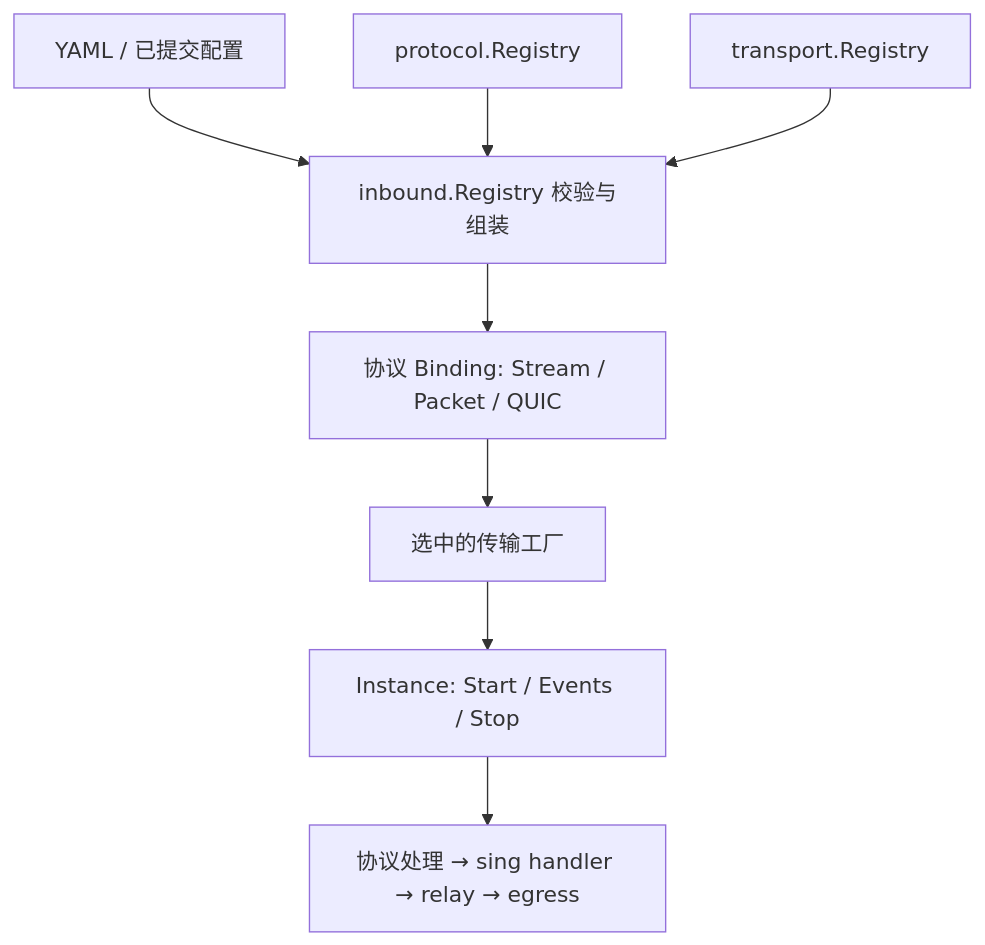
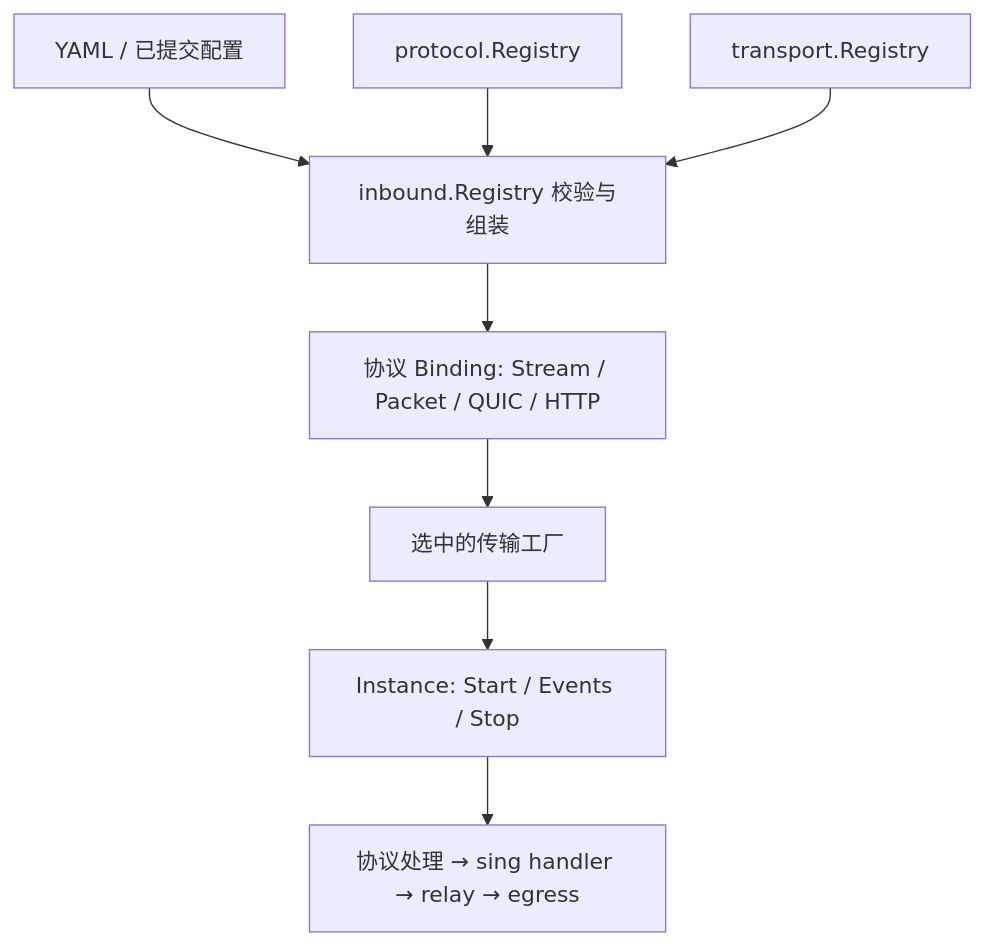
One commit to Ember-Moth/Lunaris changed the diagram in docs/factory-registries.md. Above: the diagram before and after it, drawn with Mermaid. The commit also changed other lines of this file and 66 other files, not shown here.

````diff
--- a/docs/factory-registries.md
+++ b/docs/factory-registries.md
@@ -5,10 +5,10 @@
 ```mermaid
 flowchart TD
     C[YAML / 已提交配置] --> I[inbound.Registry 校验与组装]
     P[protocol.Registry] --> I
     T[transport.Registry] --> I
-    I --> B[协议 Binding: Stream / Packet / QUIC]
+    I --> B[协议 Binding: Stream / Packet / QUIC / HTTP]
     B --> F[选中的传输工厂]
     F --> R[Instance: Start / Events / Stop]
     R --> H[协议处理 → sing handler → relay → egress]
 ```
````
